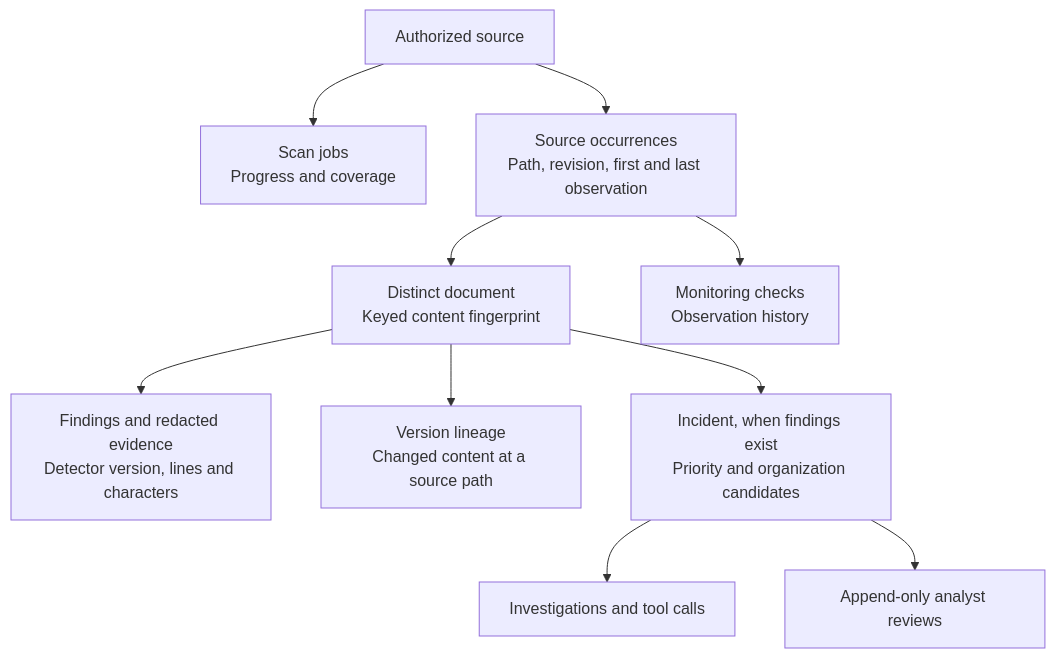
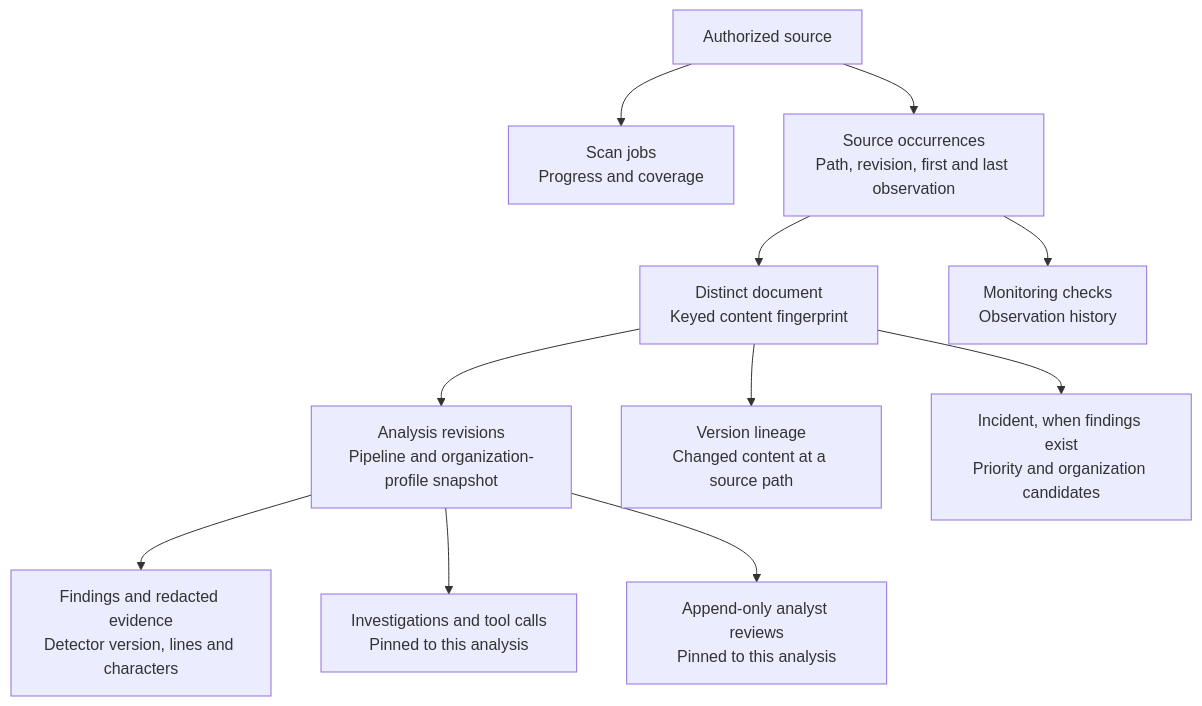
The fourth of 6 diagrams in README.md (amithkm9/Leaks_lens_AI), drawn with Mermaid before and after one commit. The commit also changed other lines of this file and 6 other files, not shown here.

````diff
--- a/README.md
+++ b/README.md
@@ -134,12 +134,13 @@
 ```mermaid
 flowchart TD
     S["Authorized source"] --> J["Scan jobs<br/>Progress and coverage"]
     S --> O["Source occurrences<br/>Path, revision, first and last observation"]
     O --> D["Distinct document<br/>Keyed content fingerprint"]
     O --> M["Monitoring checks<br/>Observation history"]
-    D --> E["Findings and redacted evidence<br/>Detector version, lines and characters"]
+    D --> AR["Analysis revisions<br/>Pipeline and organization-profile snapshot"]
+    AR --> E["Findings and redacted evidence<br/>Detector version, lines and characters"]
     D --> V["Version lineage<br/>Changed content at a source path"]
     D --> I["Incident, when findings exist<br/>Priority and organization candidates"]
-    I --> A["Investigations and tool calls"]
-    I --> R["Append-only analyst reviews"]
+    AR --> A["Investigations and tool calls<br/>Pinned to this analysis"]
+    AR --> R["Append-only analyst reviews<br/>Pinned to this analysis"]
 ```
````
